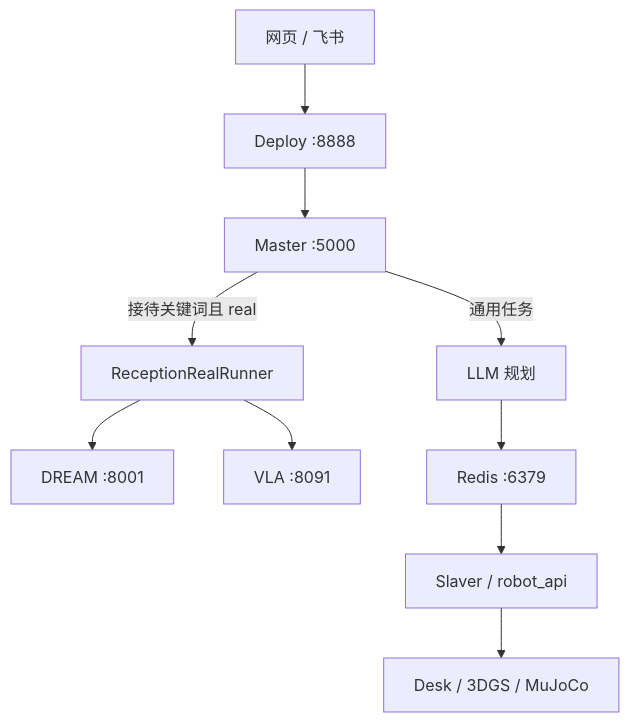
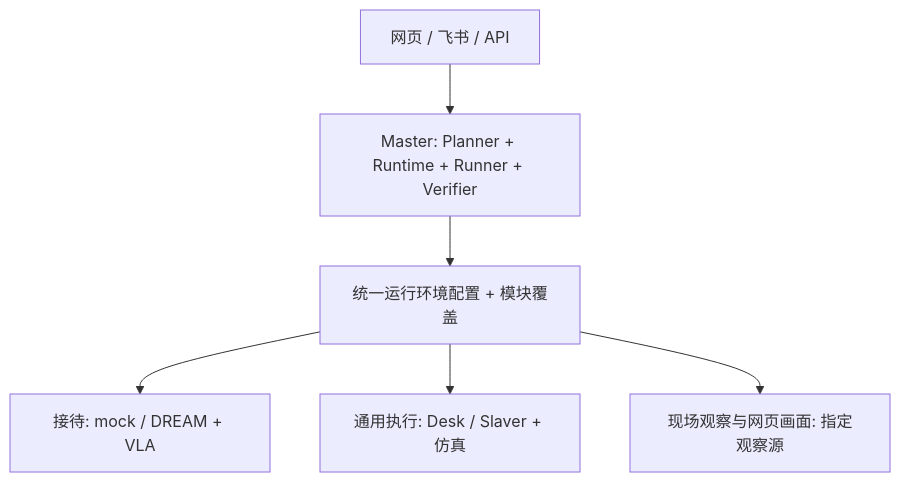
One commit to ForgeAI-Robotics/Connection changed the diagram in README.md. Above: the diagram before and after it, drawn with Mermaid. The commit also changed other lines of this file and 43 other files, not shown here.

````diff
--- a/README.md
+++ b/README.md
@@ -11,12 +11,8 @@
 ```mermaid
 flowchart TD
-    U[网页 / 飞书] --> D[Deploy :8888]
-    D --> M[Master :5000]
-    M -->|接待关键词且 real| R[ReceptionRealRunner]
-    R --> N[DREAM :8001]
-    R --> V[VLA :8091]
-    M -->|通用任务| P[LLM 规划]
-    P --> B[Redis :6379]
-    B --> S[Slaver / robot_api]
-    S --> X[Desk / 3DGS / MuJoCo]
+    U[网页 / 飞书 / API] --> M[Master: Planner + Runtime + Runner + Verifier]
+    M --> P[统一运行环境配置 + 模块覆盖]
+    P --> R[接待: mock / DREAM + VLA]
+    P --> E[通用执行: Desk / Slaver + 仿真]
+    P --> O[现场观察与网页画面: 指定观察源]
 ```
````
